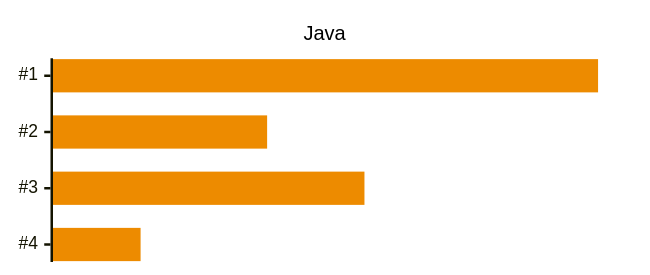
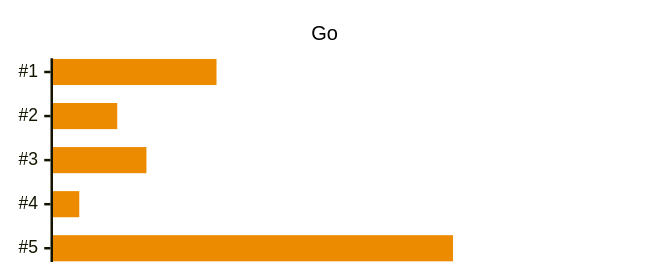
One commit to thomasmueller/bau-lang changed the fourth of 6 diagrams in doc/performance.md. Above: the diagram before and after it, drawn with Mermaid. The commit also changed other lines of this file and 19 other files, not shown here.

````diff
--- a/doc/performance.md
+++ b/doc/performance.md
@@ -94,21 +130,21 @@
 ```mermaid
 ---
 config:
     xyChart:
         titleFontSize: 16
         width: 500
         height: 200
         plotReservedSpacePercent: 80
         yAxis: { showLabel: false, showTick: false, showAxisLine: false }
         chartOrientation: "horizontal"
     themeVariables:
         xyChart:
             titleColor: "#000000"
             plotColorPalette: "#ED8B00"
 ---
 xychart-beta
-    title "Java"
-    x-axis [#1, #2, #3, #4]
-    y-axis "Seconds" 0 --> 6
-    bar [5.6, 2.2, 3.2, 0.9]
+    title "Go"
+    x-axis [#1, #2, #3, #4, #5]
+    y-axis "Seconds" 0 --> 20
+    bar [5.6, 2.2, 3.2, 0.9, 13.7]
 ```
````
